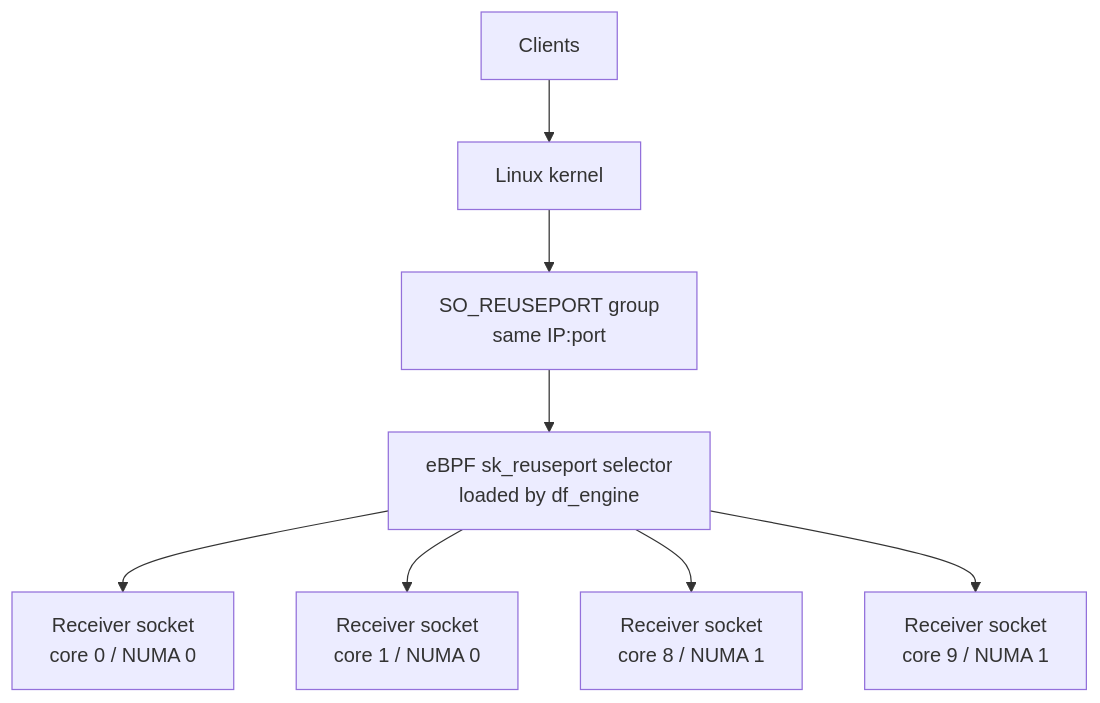
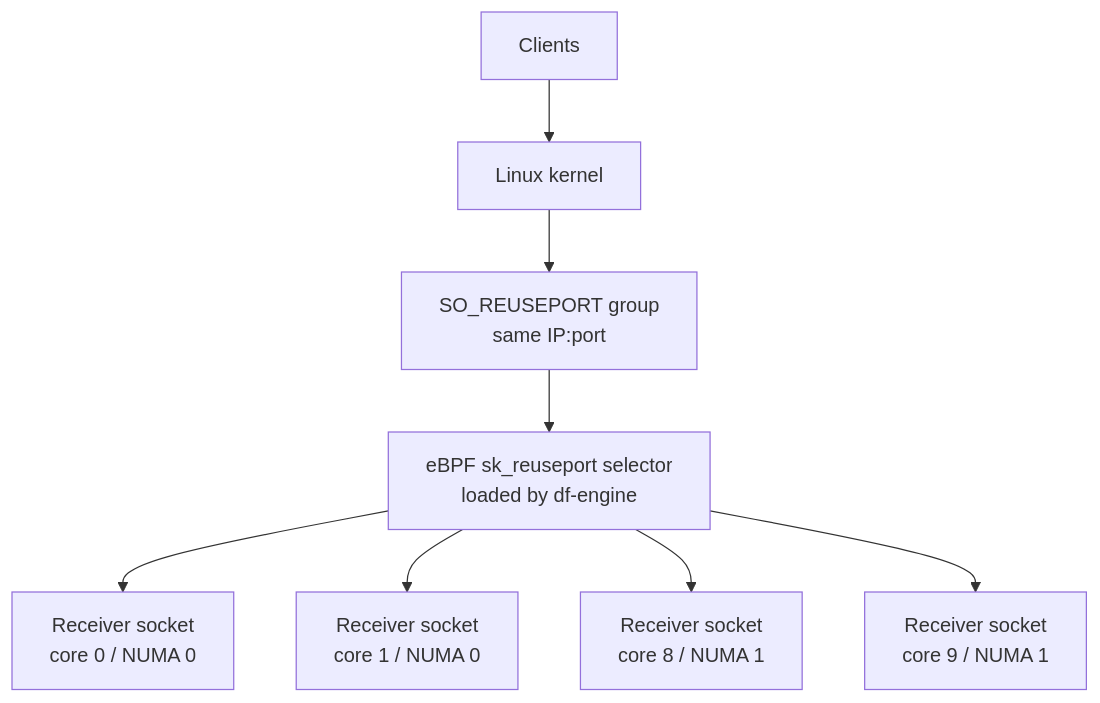
One commit to open-telemetry/otel-arrow changed the first of 2 diagrams in rust/otap-dataflow/docs/reuseport-ebpf-numa.md. Above: the diagram before and after it, drawn with Mermaid. The commit also changed other lines of this file and 1 other file, not shown here.

Commit message:
docs: clarify reuseport selector lifecycle

````diff
--- a/rust/otap-dataflow/docs/reuseport-ebpf-numa.md
+++ b/rust/otap-dataflow/docs/reuseport-ebpf-numa.md
@@ -100,10 +100,10 @@
 ```mermaid
 flowchart TD
     Clients[Clients] --> Kernel[Linux kernel]
     Kernel --> Group["SO_REUSEPORT group<br/>same IP:port"]
-    Group --> Selector["eBPF sk_reuseport selector<br/>loaded by df_engine"]
+    Group --> Selector["eBPF sk_reuseport selector<br/>loaded by df-engine"]
     Selector --> R0["Receiver socket<br/>core 0 / NUMA 0"]
     Selector --> R1["Receiver socket<br/>core 1 / NUMA 0"]
     Selector --> R8["Receiver socket<br/>core 8 / NUMA 1"]
     Selector --> R9["Receiver socket<br/>core 9 / NUMA 1"]
 ```
````
